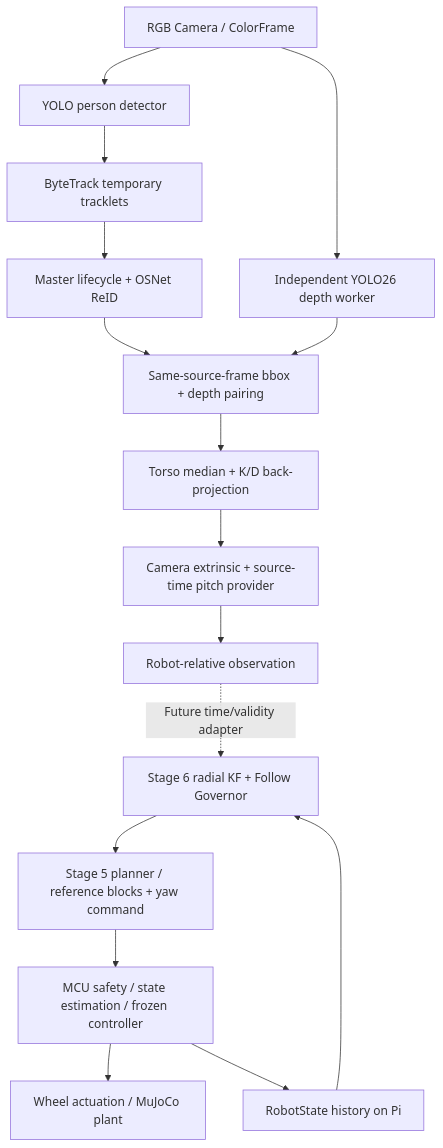
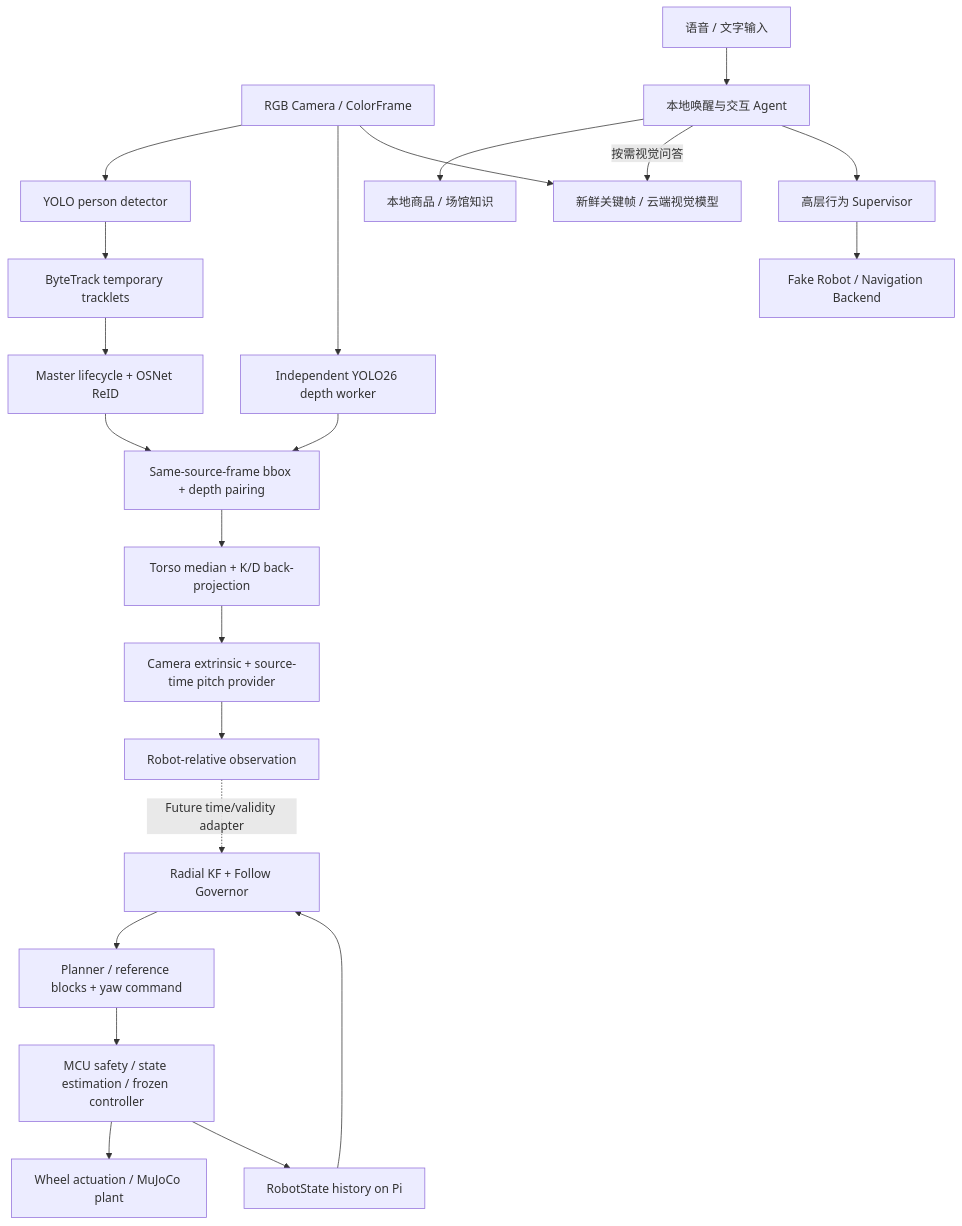
Before and after one commit to Kyliangarnacho/CompanionBot: the diagram in README.md, drawn with Mermaid. The commit also changed other lines of this file and 33 other files, not shown here.

````diff
--- a/README.md
+++ b/README.md
@@ -9,18 +18,24 @@
 ```mermaid
 flowchart TD
     C[RGB Camera / ColorFrame] --> D[YOLO person detector]
     D --> T[ByteTrack temporary tracklets]
     T --> M[Master lifecycle + OSNet ReID]
     C --> Z[Independent YOLO26 depth worker]
     M --> P[Same-source-frame bbox + depth pairing]
     Z --> P
     P --> G[Torso median + K/D back-projection]
     G --> R[Camera extrinsic + source-time pitch provider]
     R --> O[Robot-relative observation]
-    O -. Future time/validity adapter .-> F[Stage 6 radial KF + Follow Governor]
-    F --> S[Stage 5 planner / reference blocks + yaw command]
+    O -. Future time/validity adapter .-> F[Radial KF + Follow Governor]
+    F --> S[Planner / reference blocks + yaw command]
     S --> MCU[MCU safety / state estimation / frozen controller]
     MCU --> W[Wheel actuation / MuJoCo plant]
     MCU --> H[RobotState history on Pi]
     H --> F
+    U[语音 / 文字输入] --> A[本地唤醒与交互 Agent]
+    A --> K[本地商品 / 场馆知识]
+    A -->|按需视觉问答| V[新鲜关键帧 / 云端视觉模型]
+    C --> V
+    A --> B[高层行为 Supervisor]
+    B --> E[Fake Robot / Navigation Backend]
 ```
````
